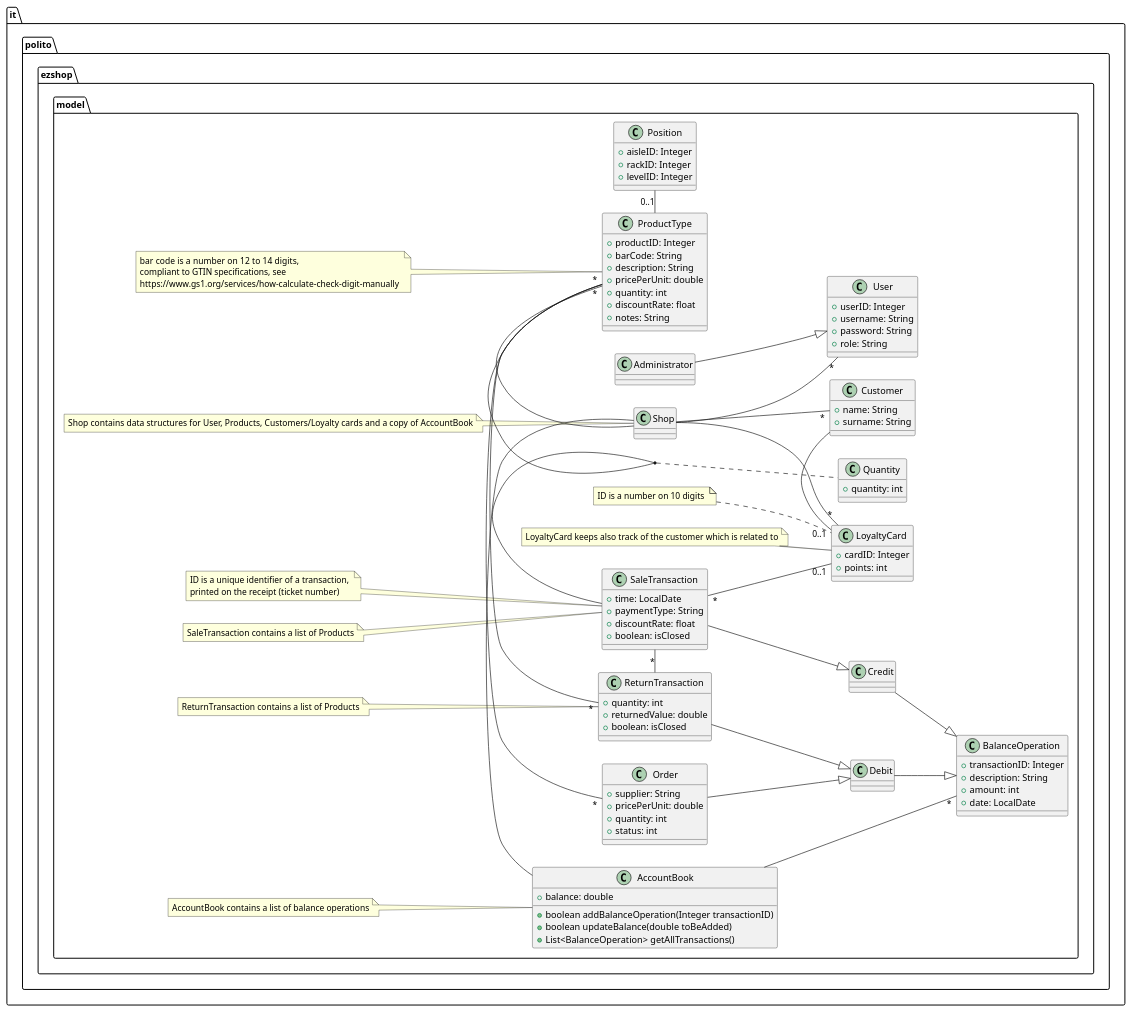
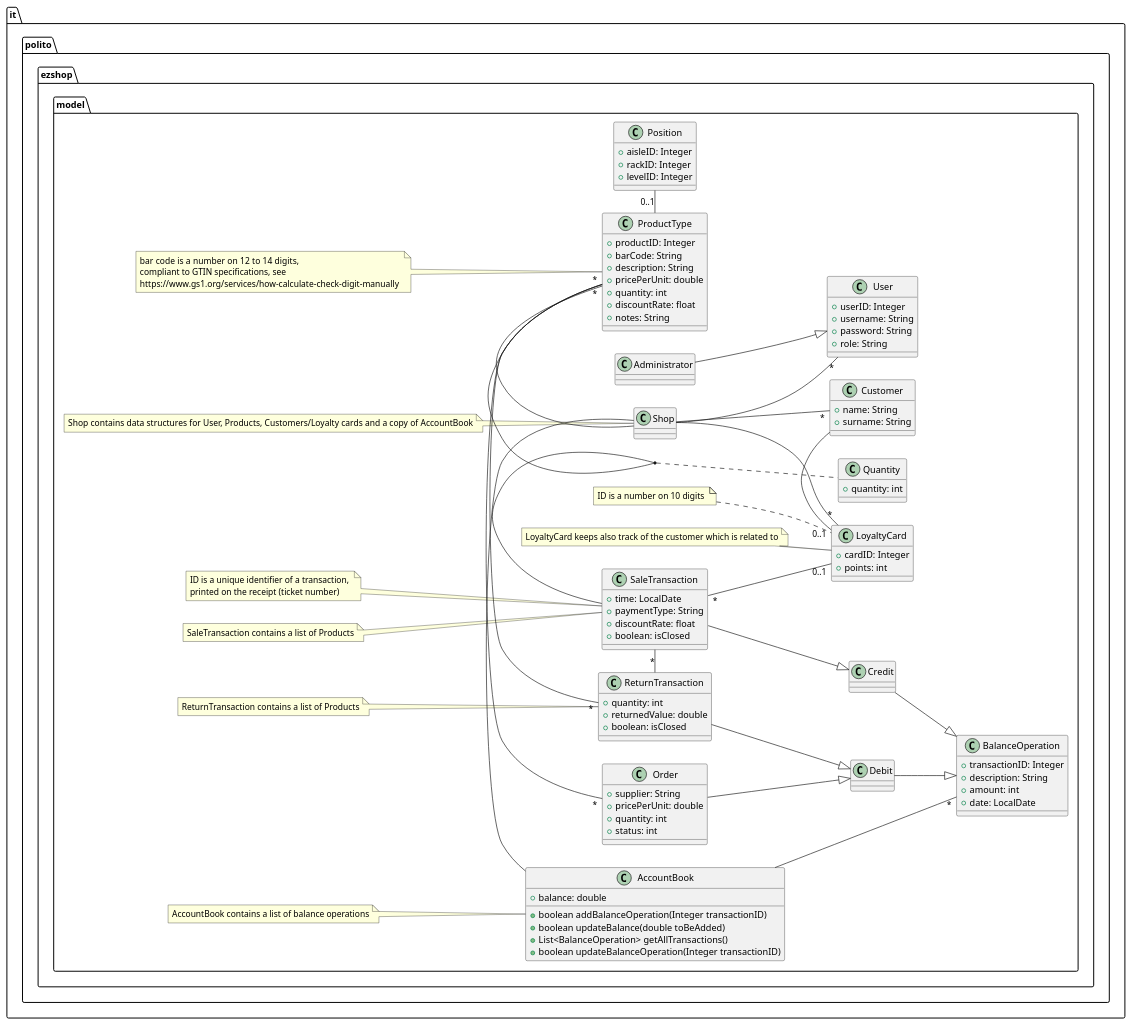
One commit to Stormz4/group20-EzShop changed the third of 18 diagrams in Deliverables/DesignDocument.md. Above: the diagram before and after it, drawn with PlantUML.

Commit message:
Doc: Added method to accountBook

```diff
--- a/Deliverables/DesignDocument.md
+++ b/Deliverables/DesignDocument.md
@@ -175,6 +175,7 @@
  +boolean addBalanceOperation(Integer transactionID)
  +boolean updateBalance(double toBeAdded)
  +List<BalanceOperation> getAllTransactions()
+ +boolean updateBalanceOperation(Integer transactionID)
 }
 AccountBook - Shop
 class BalanceOperation {
```
